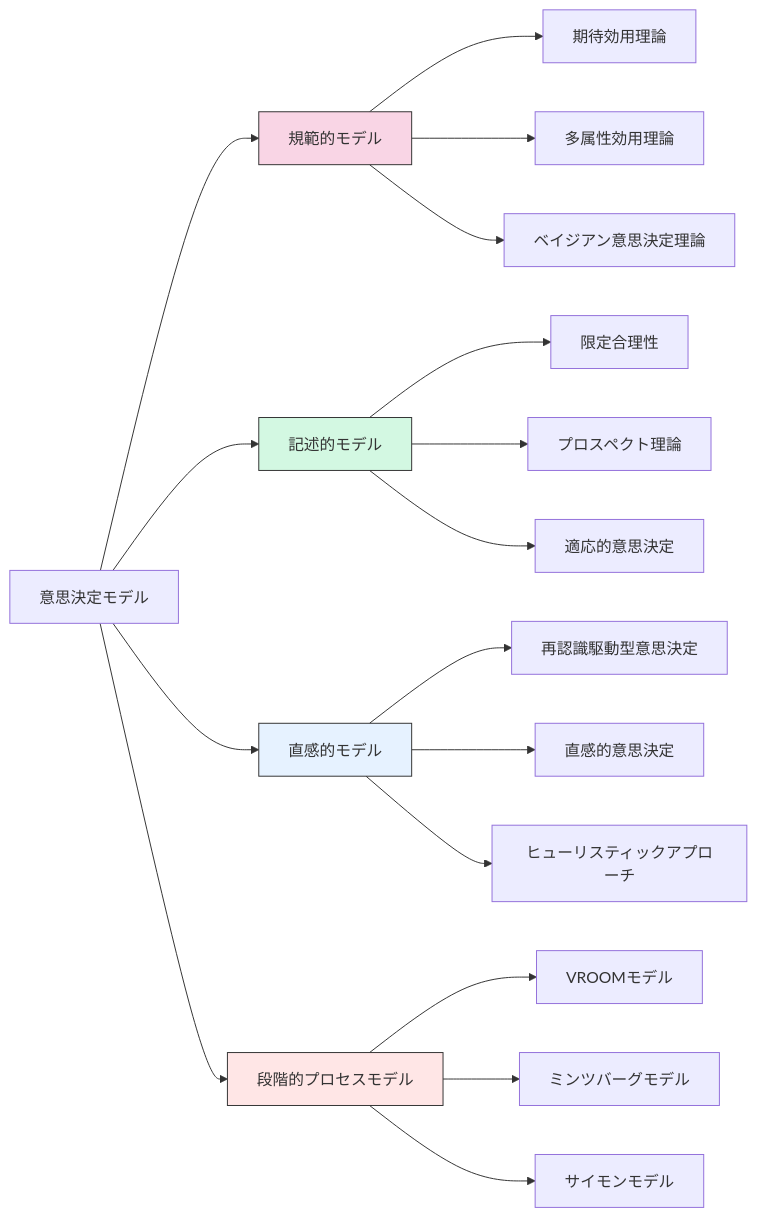
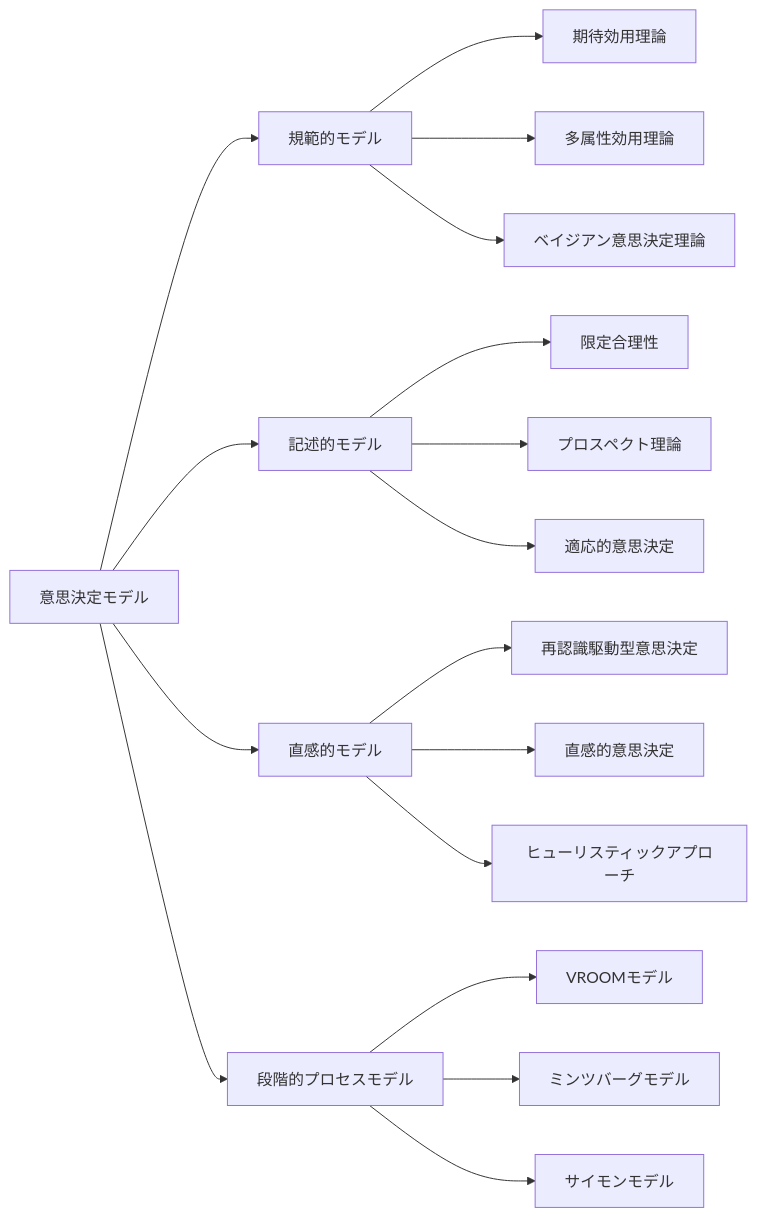
Before and after one commit to shuji-bonji/Situational-Awareness-and-Decision-Making: the first of 10 diagrams in docs/decision-making-guide/decision-models.md, drawn with Mermaid. The commit also changed other lines of this file and 49 other files, not shown here.

Commit message:
fix: ダークモードで見づらい図の色の変更

````diff
--- a/docs/decision-making-guide/decision-models.md
+++ b/docs/decision-making-guide/decision-models.md
@@ -22,28 +22,28 @@
 ```mermaid
 graph LR
     A[意思決定モデル] --> B[規範的モデル]
     A --> C[記述的モデル]
     A --> D[直感的モデル]
     A --> E[段階的プロセスモデル]
     
     B --> B1[期待効用理論]
     B --> B2[多属性効用理論]
     B --> B3[ベイジアン意思決定理論]
     
     C --> C1[限定合理性]
     C --> C2[プロスペクト理論]
     C --> C3[適応的意思決定]
     
     D --> D1[再認識駆動型意思決定]
     D --> D2[直感的意思決定]
     D --> D3[ヒューリスティックアプローチ]
     
     E --> E1[VROOMモデル]
     E --> E2[ミンツバーグモデル]
     E --> E3[サイモンモデル]
     
-    style B fill:#f9d5e5,stroke:#333
-    style C fill:#d3f8e2,stroke:#333
-    style D fill:#e6f2ff,stroke:#333
-    style E fill:#ffe6e6,stroke:#333
+
+
+
+
 ```
````
